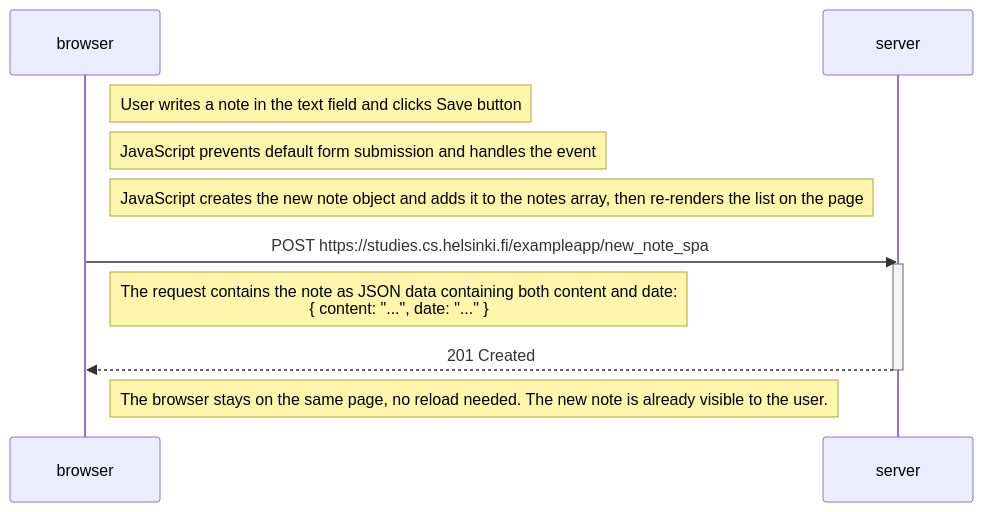
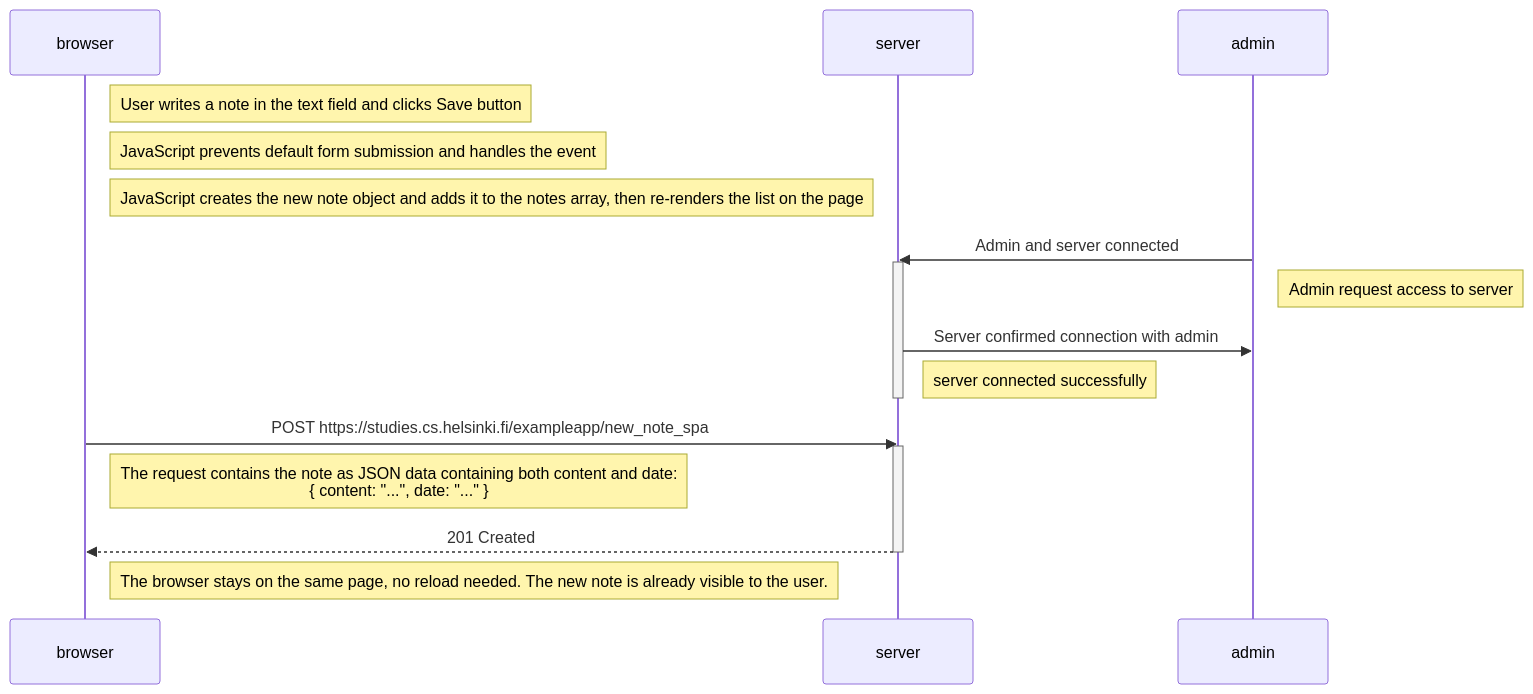
Before and after one commit to roqcodes/fullstockopen: the diagram in part0/exercise-0.6.mermaid, drawn with Mermaid.

```diff
--- a/part0/exercise-0.6.mermaid
+++ b/part0/exercise-0.6.mermaid
@@ -1,18 +1,28 @@
 sequenceDiagram
     participant browser
     participant server
+    participant admin
 
     Note right of browser: User writes a note in the text field and clicks Save button
     
     Note right of browser: JavaScript prevents default form submission and handles the event
     
     Note right of browser: JavaScript creates the new note object and adds it to the notes array, then re-renders the list on the page
+
+    admin->>server: Admin and server connected
+    activate server
+    Note right of admin: Admin request access to server
+
+    server->>admin: Server confirmed connection with admin
+    Note right of server: server connected successfully
+    deactivate server
+
     
     browser->>server: POST https://studies.cs.helsinki.fi/exampleapp/new_note_spa
     activate server
     Note right of browser: The request contains the note as JSON data containing both content and date: <br/> { content: "...", date: "..." }
     
     server-->>browser: 201 Created
     deactivate server
     
     Note right of browser: The browser stays on the same page, no reload needed. The new note is already visible to the user.
```
